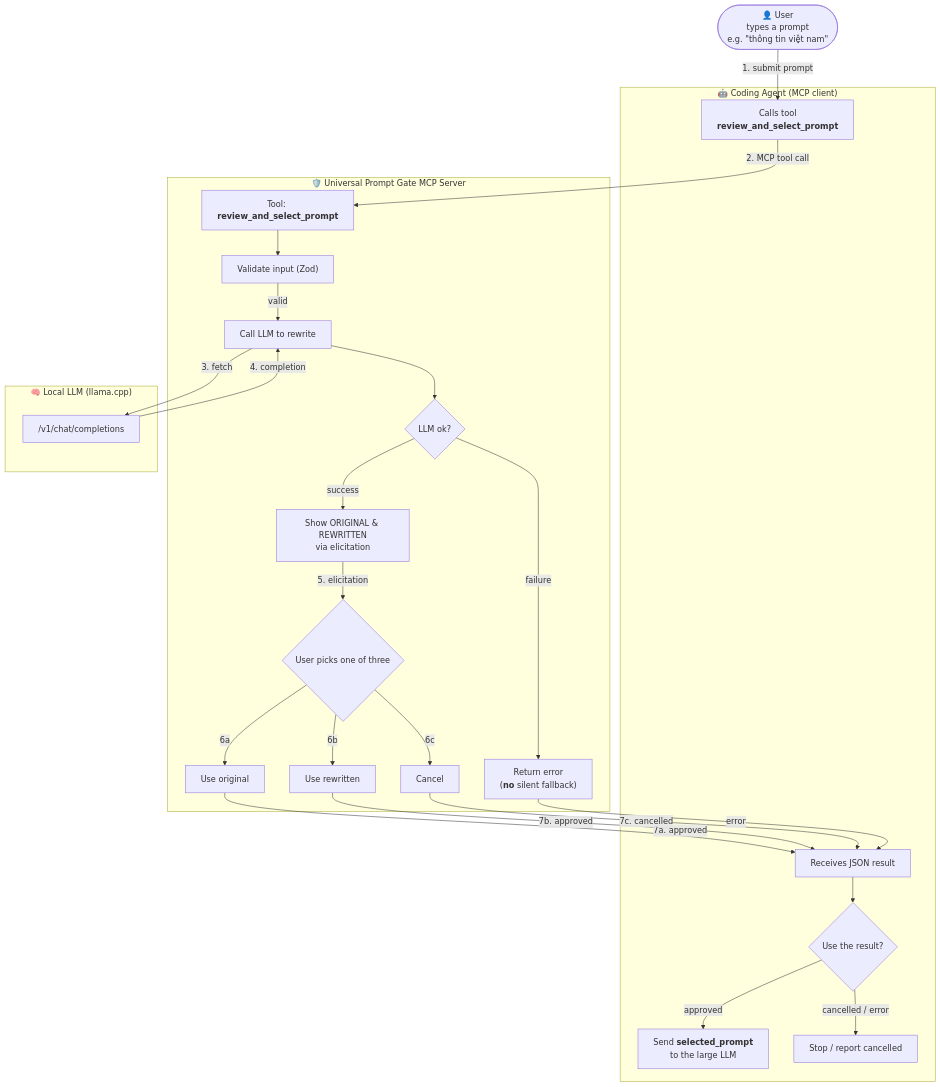
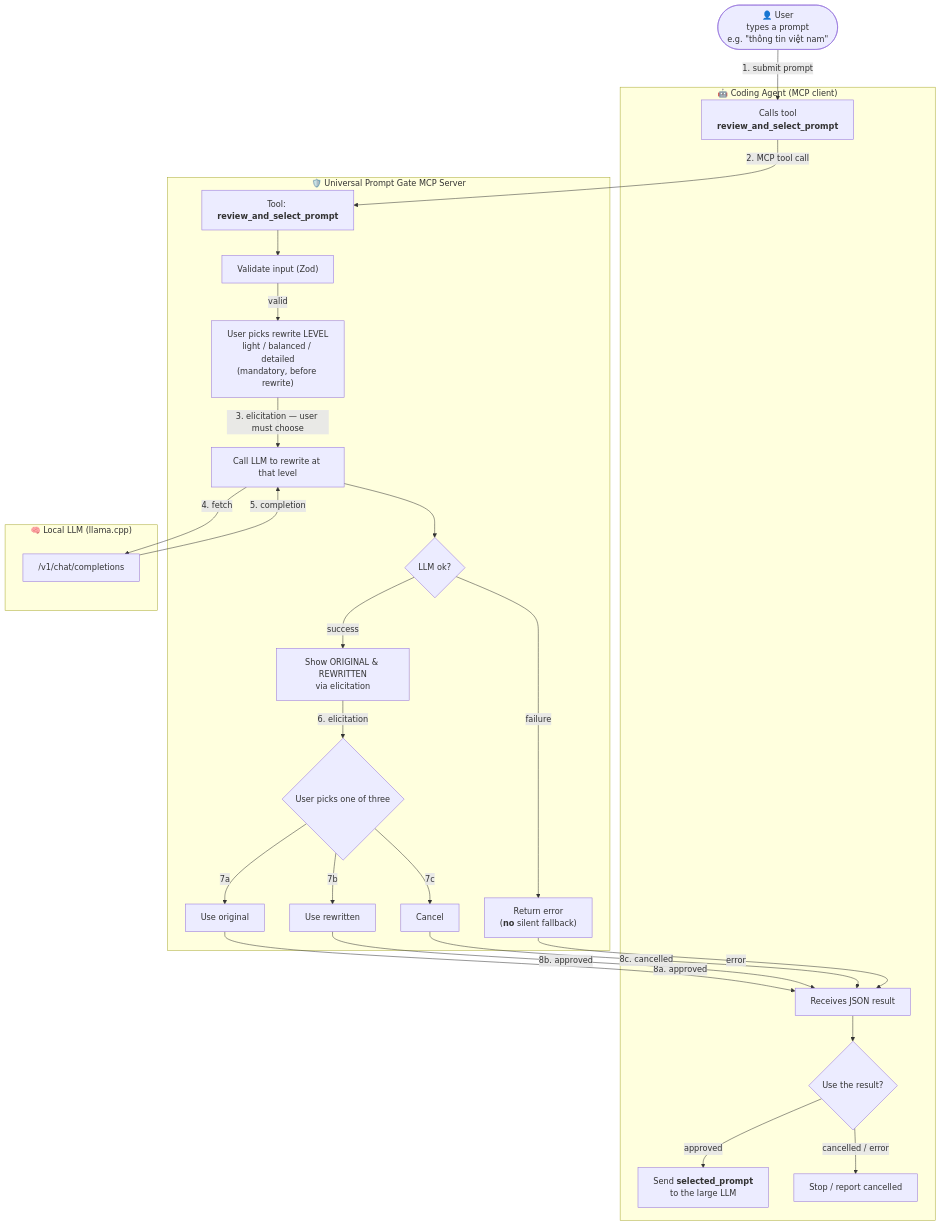
One commit to nbhson/tool-prompt-rewrite-mcp changed the diagram in README.md. Above: the diagram before and after it, drawn with Mermaid. The commit also changed other lines of this file and 19 other files, not shown here.

First line of the commit message:
User-chosen rewrite level (mandatory picker) + language preservation

````diff
--- a/README.md
+++ b/README.md
@@ -291,50 +311,52 @@
 ```mermaid
 flowchart TD
   U(["👤 User<br/>types a prompt<br/>e.g. &quot;thông tin việt nam&quot;"])
 
   subgraph AGENT["🤖 Coding Agent (MCP client)"]
     A1["Calls tool<br/><b>review_and_select_prompt</b>"]
     A3["Receives JSON result"]
     A4{"Use the result?"}
     AOK["Send <b>selected_prompt</b><br/>to the large LLM"]
     ASTOP["Stop / report cancelled"]
   end
 
   subgraph MCP["🛡️ Universal Prompt Gate MCP Server"]
     T["Tool: <b>review_and_select_prompt</b>"]
     V["Validate input (Zod)"]
-    R["Call LLM to rewrite"]
+    LP["User picks rewrite LEVEL<br/>light / balanced / detailed<br/>(mandatory, before rewrite)"]
+    R["Call LLM to rewrite at that level"]
     RM{"LLM ok?"}
     RE["Return error<br/>(<b>no</b> silent fallback)"]
     E["Show ORIGINAL &amp; REWRITTEN<br/>via elicitation"]
     CHOICE{"User picks one of three"}
     O1["Use original"]
     O2["Use rewritten"]
     O3["Cancel"]
   end
 
   subgraph LLM["🧠 Local LLM (llama.cpp)"]
     L1["/v1/chat/completions"]
   end
 
   U -->|"1. submit prompt"| A1
   A1 -->|"2. MCP tool call"| T
   T --> V
-  V -->|"valid"| R
-  R -->|3. fetch| L1
-  L1 -->|4. completion| R
+  V -->|"valid"| LP
+  LP -->|"3. elicitation — user must choose"| R
+  R -->|"4. fetch"| L1
+  L1 -->|"5. completion"| R
   R --> RM
   RM -->|failure| RE
   RM -->|success| E
-  E -->|5. elicitation| CHOICE
-  CHOICE -->|6a| O1
-  CHOICE -->|6b| O2
-  CHOICE -->|6c| O3
-  O1 -->|7a. approved| A3
-  O2 -->|7b. approved| A3
-  O3 -->|7c. cancelled| A3
+  E -->|"6. elicitation"| CHOICE
+  CHOICE -->|"7a"| O1
+  CHOICE -->|"7b"| O2
+  CHOICE -->|"7c"| O3
+  O1 -->|"8a. approved"| A3
+  O2 -->|"8b. approved"| A3
+  O3 -->|"8c. cancelled"| A3
   RE -->|error| A3
   A3 --> A4
   A4 -->|"approved"| AOK
   A4 -->|"cancelled / error"| ASTOP
 ```
````
